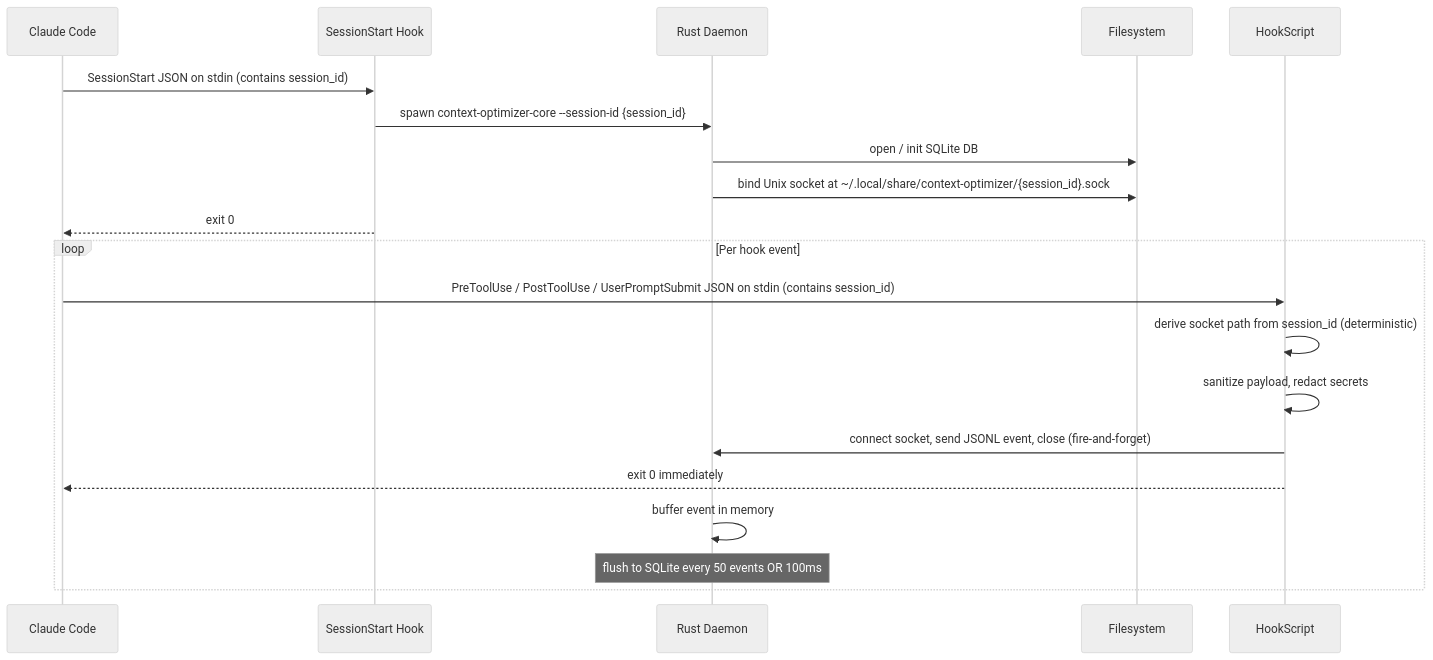
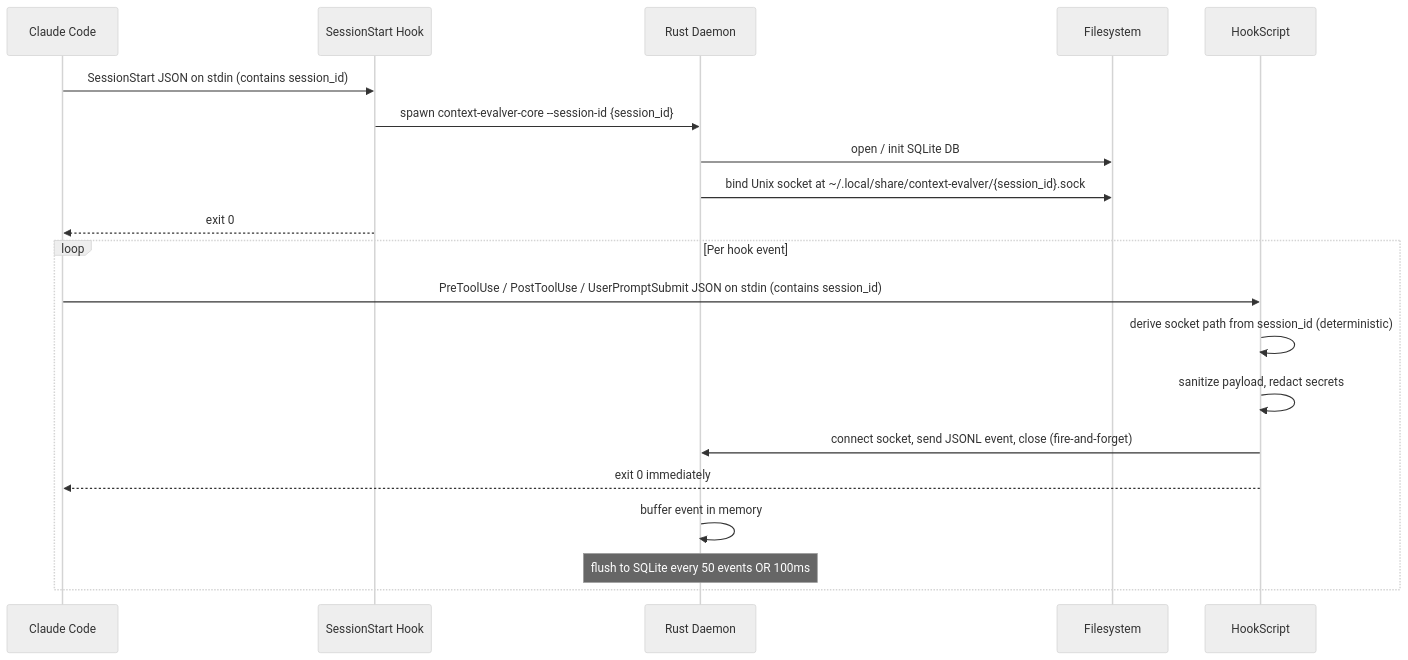
The second of 4 diagrams in .kiro/specs/initial-development/design.md (hiromaily/context-evalver), drawn with Mermaid (neutral theme) before and after one commit. The commit also changed other lines of this file and 6293 other files, not shown here.

First line of the commit message:
Rename context-optimizer to context-evalver across entire codebase

````diff
--- a/.kiro/specs/initial-development/design.md
+++ b/.kiro/specs/initial-development/design.md
@@ -117,23 +117,23 @@
 ```mermaid
 sequenceDiagram
     participant CC as Claude Code
     participant SS as SessionStart Hook
     participant Daemon as Rust Daemon
     participant FS as Filesystem
 
     CC->>SS: SessionStart JSON on stdin (contains session_id)
-    SS->>Daemon: spawn context-optimizer-core --session-id {session_id}
+    SS->>Daemon: spawn context-evalver-core --session-id {session_id}
     Daemon->>FS: open / init SQLite DB
-    Daemon->>FS: bind Unix socket at ~/.local/share/context-optimizer/{session_id}.sock
+    Daemon->>FS: bind Unix socket at ~/.local/share/context-evalver/{session_id}.sock
     SS-->>CC: exit 0
 
     loop Per hook event
         CC->>HookScript: PreToolUse / PostToolUse / UserPromptSubmit JSON on stdin (contains session_id)
         HookScript->>HookScript: derive socket path from session_id (deterministic)
         HookScript->>HookScript: sanitize payload, redact secrets
         HookScript->>Daemon: connect socket, send JSONL event, close (fire-and-forget)
         HookScript-->>CC: exit 0 immediately
         Daemon->>Daemon: buffer event in memory
         Note over Daemon: flush to SQLite every 50 events OR 100ms
     end
 ```
````
